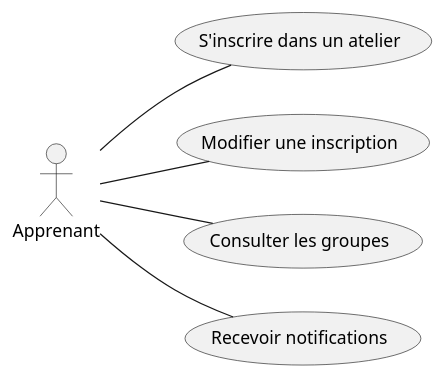
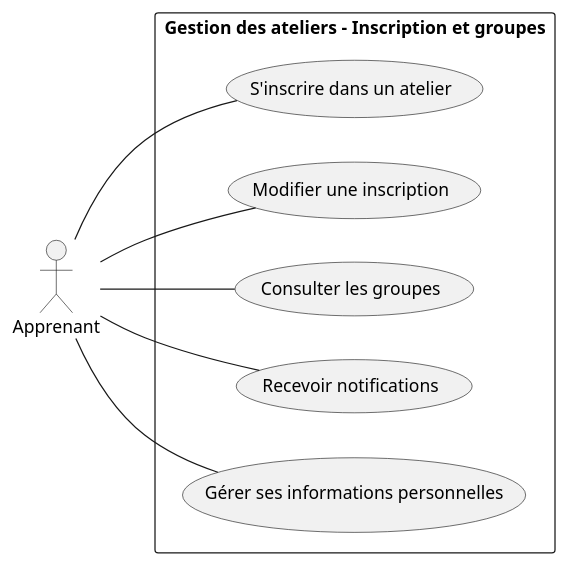
The diagram in branch-Fonctionelle/Analyse/use-Case-Sprint1.puml (Aminebennani1/UI-UX-Dessign), drawn with PlantUML before and after one commit. The commit also changed 3 other files, not shown here.

```diff
--- a/branch-Fonctionelle/Analyse/use-Case-Sprint1.puml
+++ b/branch-Fonctionelle/Analyse/use-Case-Sprint1.puml
@@ -1,15 +1,21 @@
 @startuml
 
 left to right direction
 actor Apprenant
 
+rectangle "Gestion des ateliers - Inscription et groupes"{
+    
 usecase "S'inscrire dans un atelier" as UC1
 usecase "Modifier une inscription" as UC2
 usecase "Consulter les groupes" as UC3
 usecase "Recevoir notifications" as UC4
+usecase "Gérer ses informations personnelles" as UC5
+}
 
 Apprenant -- UC1
 Apprenant -- UC2
 Apprenant -- UC3
 Apprenant -- UC4
+Apprenant -- UC5
+
 @enduml
```
